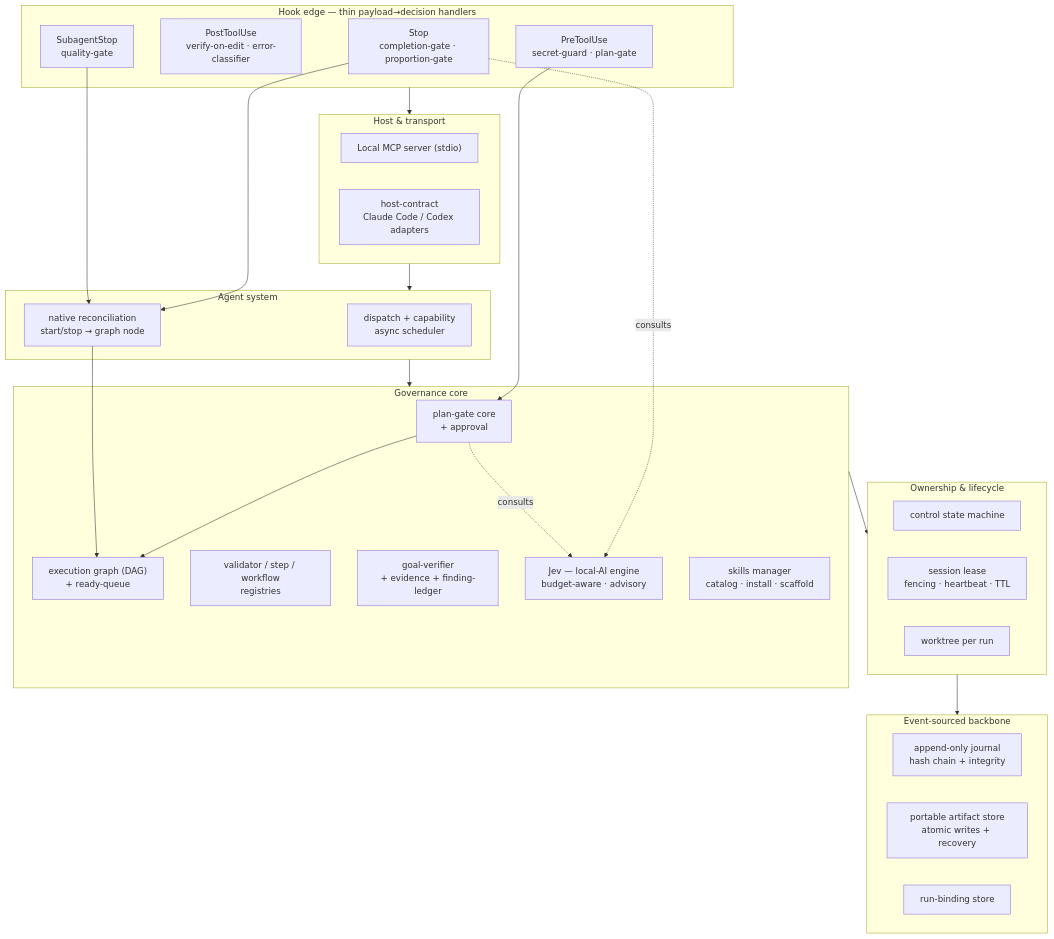
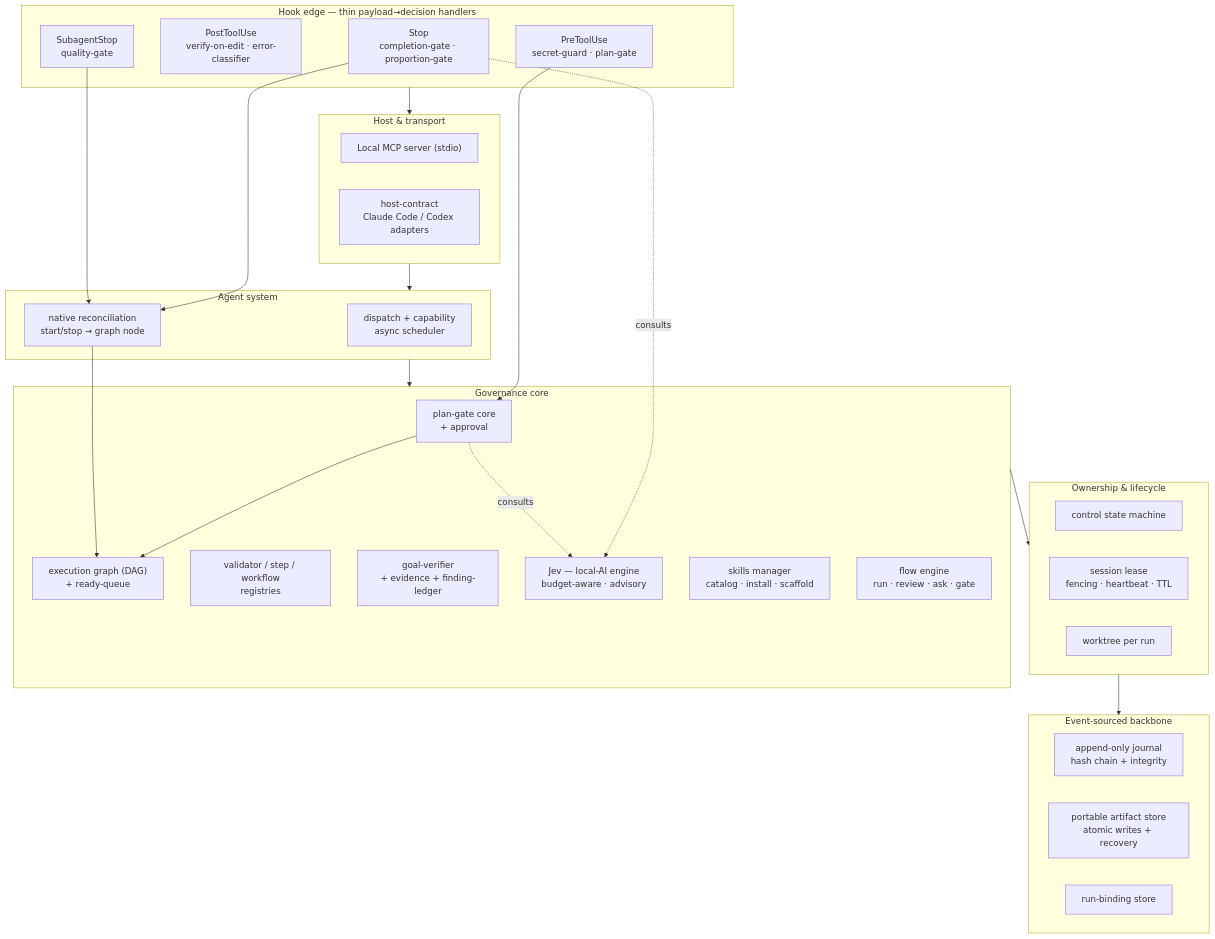
One commit to rfsants001/gatewright changed the first of 2 diagrams in README.md. Above: the diagram before and after it, drawn with Mermaid. The commit also changed other lines of this file, not shown here.

First line of the commit message:
docs(readme): rewrite as a landing page; drop phase roadmap

````diff
--- a/README.md
+++ b/README.md
@@ -50,49 +251,50 @@
 ```mermaid
 graph TD
   subgraph EDGE["Hook edge — thin payload→decision handlers"]
     GPRE["PreToolUse<br/>secret-guard · plan-gate"]
     GPOST["PostToolUse<br/>verify-on-edit · error-classifier"]
     GSTOP["Stop<br/>completion-gate · proportion-gate"]
     GSUB["SubagentStop<br/>quality-gate"]
   end
 
   subgraph HOST["Host & transport"]
     MCP["Local MCP server (stdio)"]
     HC["host-contract<br/>Claude Code / Codex adapters"]
   end
 
   subgraph AGENT["Agent system"]
     DISP["dispatch + capability<br/>async scheduler"]
     RECON["native reconciliation<br/>start/stop → graph node"]
   end
 
   subgraph CORE["Governance core"]
     PLAN["plan-gate core<br/>+ approval"]
     GRAPH["execution graph (DAG)<br/>+ ready-queue"]
     REG["validator / step / workflow<br/>registries"]
     GOAL["goal-verifier<br/>+ evidence + finding-ledger"]
     JEV["Jev — local-AI engine<br/>budget-aware · advisory"]
     SKILLS["skills manager<br/>catalog · install · scaffold"]
+    FLOW["flow engine<br/>run · review · ask · gate"]
   end
 
   subgraph OWN["Ownership & lifecycle"]
     FSM["control state machine"]
     LEASE["session lease<br/>fencing · heartbeat · TTL"]
     WT["worktree per run"]
   end
 
   subgraph BASE["Event-sourced backbone"]
     JOURNAL["append-only journal<br/>hash chain + integrity"]
     ART["portable artifact store<br/>atomic writes + recovery"]
     BIND["run-binding store"]
   end
 
   EDGE --> HOST --> AGENT --> CORE --> OWN --> BASE
   GPRE --> PLAN
   GSTOP --> RECON
   GSUB --> RECON
   PLAN --> GRAPH
   RECON --> GRAPH
   GSTOP -.consults.-> JEV
   PLAN -.consults.-> JEV
 ```
````
